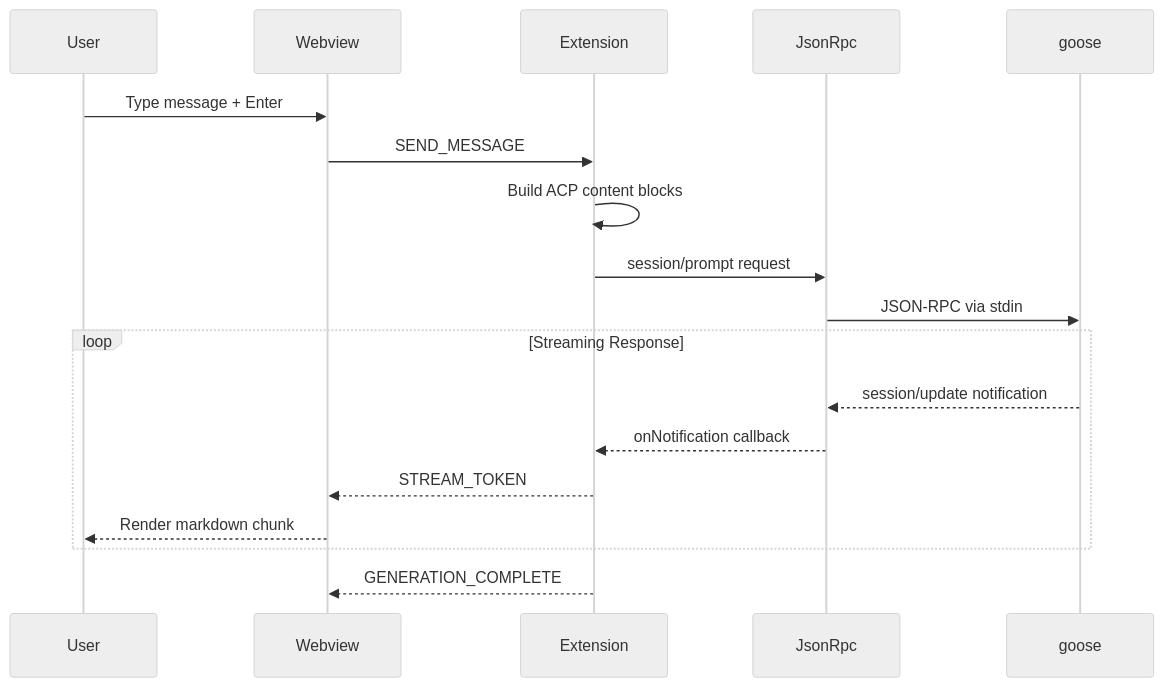
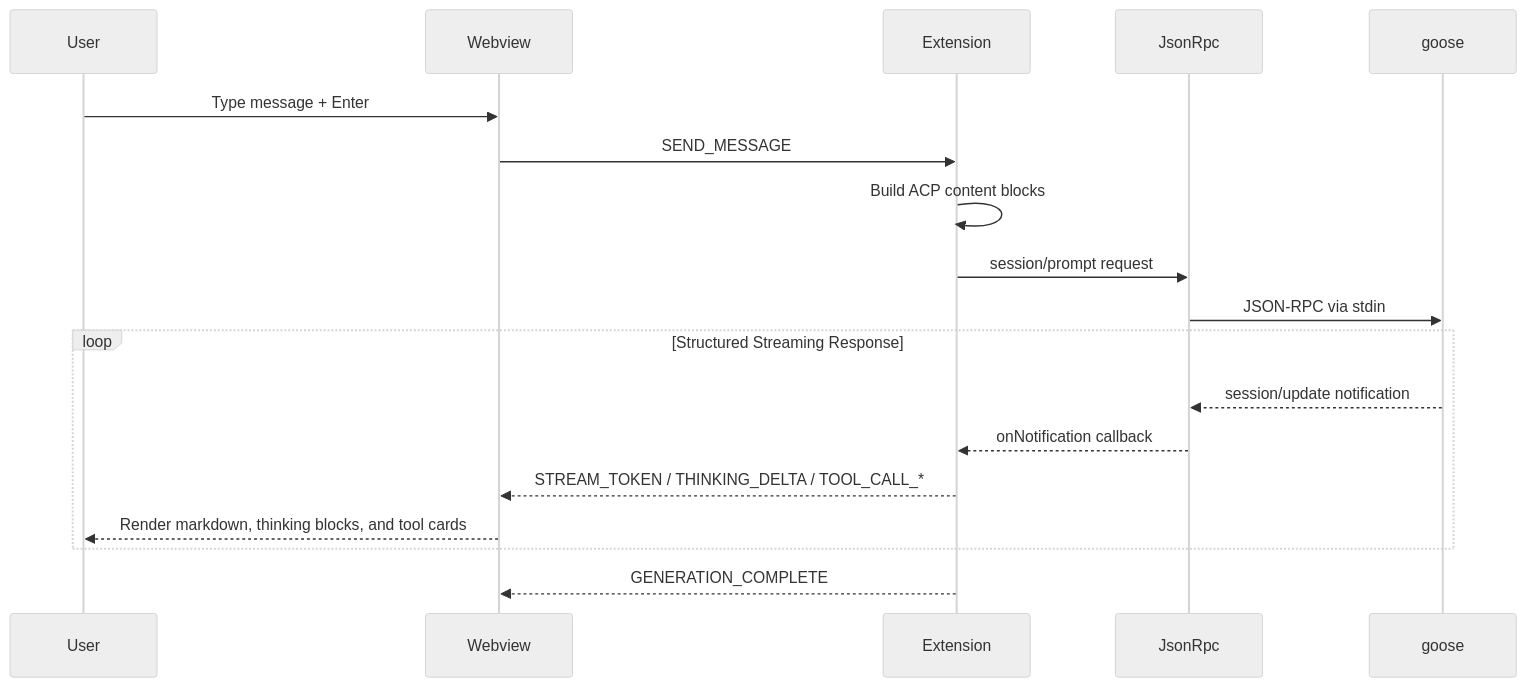
One commit to aaif-goose/vscode-goose changed the second of 2 diagrams in .rp1/context/architecture.md. Above: the diagram before and after it, drawn with Mermaid (neutral theme). The commit also changed other lines of this file and 8 other files, not shown here.

Commit message:
docs: refresh README and architecture context

````diff
--- a/.rp1/context/architecture.md
+++ b/.rp1/context/architecture.md
@@ -114,23 +117,23 @@
 ```mermaid
 sequenceDiagram
     participant User
     participant Webview
     participant Extension
     participant JsonRpc
     participant goose
 
     User->>Webview: Type message + Enter
     Webview->>Extension: SEND_MESSAGE
     Extension->>Extension: Build ACP content blocks
     Extension->>JsonRpc: session/prompt request
     JsonRpc->>goose: JSON-RPC via stdin
 
-    loop Streaming Response
+    loop Structured Streaming Response
         goose-->>JsonRpc: session/update notification
         JsonRpc-->>Extension: onNotification callback
-        Extension-->>Webview: STREAM_TOKEN
-        Webview-->>User: Render markdown chunk
+        Extension-->>Webview: STREAM_TOKEN / THINKING_DELTA / TOOL_CALL_*
+        Webview-->>User: Render markdown, thinking blocks, and tool cards
     end
 
     Extension-->>Webview: GENERATION_COMPLETE
 ```
````
